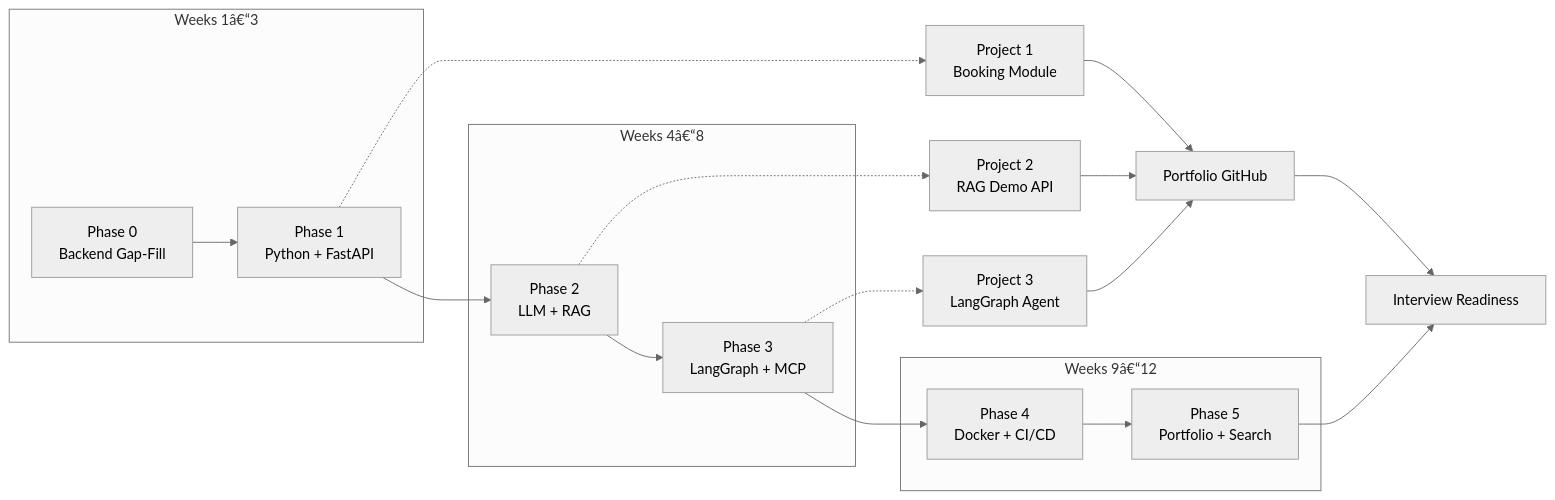
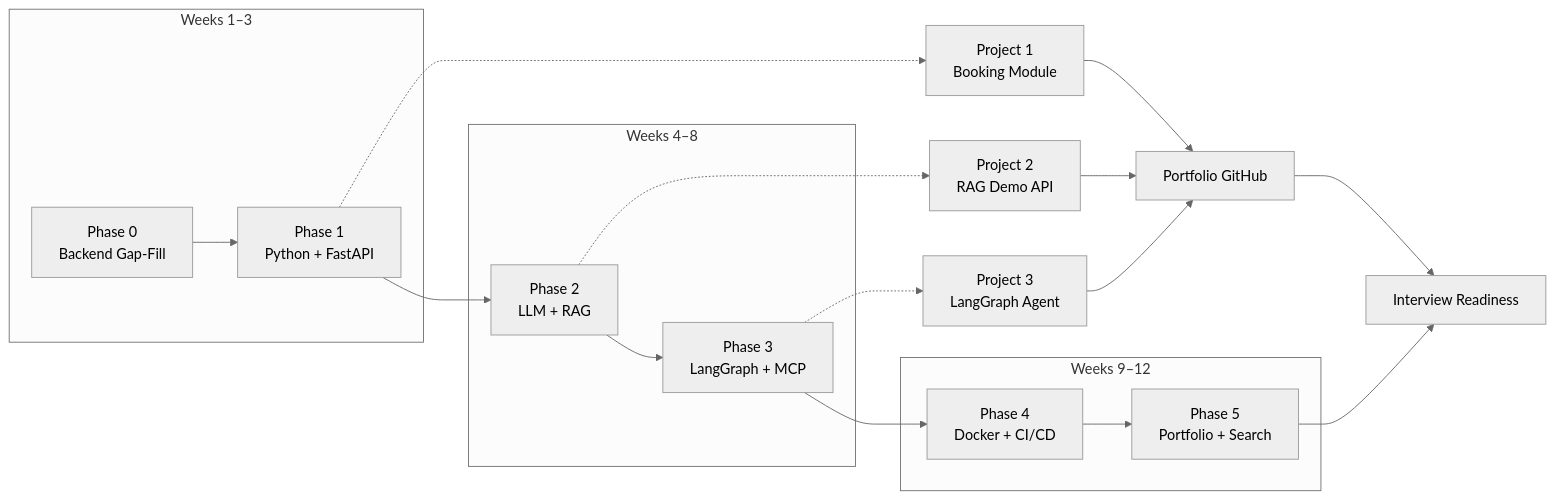
One commit to Raushan666java/ai-engineering-journey changed the fourth of 4 diagrams in docs/courses/ai-agent-engineer/07-day-by-day-plan.md. Above: the diagram before and after it, drawn with Mermaid (neutral theme). The commit also changed other lines of this file and 965 other files, not shown here.

````diff
--- a/docs/courses/ai-agent-engineer/07-day-by-day-plan.md
+++ b/docs/courses/ai-agent-engineer/07-day-by-day-plan.md
@@ -709,32 +709,32 @@
 ```mermaid
 flowchart LR
-    subgraph Foundation["Weeks 1â€“3"]
+    subgraph Foundation["Weeks 1–3"]
         P0["Phase 0<br/>Backend Gap-Fill"]
         P1["Phase 1<br/>Python + FastAPI"]
     end
 
-    subgraph CoreAI["Weeks 4â€“8"]
+    subgraph CoreAI["Weeks 4–8"]
         P2["Phase 2<br/>LLM + RAG"]
         P3["Phase 3<br/>LangGraph + MCP"]
     end
 
-    subgraph Production["Weeks 9â€“12"]
+    subgraph Production["Weeks 9–12"]
         P4["Phase 4<br/>Docker + CI/CD"]
         P5["Phase 5<br/>Portfolio + Search"]
     end
 
     P0 --> P1
     P1 --> P2
     P2 --> P3
     P3 --> P4
     P4 --> P5
 
     P1 -.-> PROJ1["Project 1<br/>Booking Module"]
     P2 -.-> PROJ2["Project 2<br/>RAG Demo API"]
     P3 -.-> PROJ3["Project 3<br/>LangGraph Agent"]
     PROJ1 --> PORTFOLIO["Portfolio GitHub"]
     PROJ2 --> PORTFOLIO
     PROJ3 --> PORTFOLIO
     PORTFOLIO --> INTERVIEW["Interview Readiness"]
     P5 --> INTERVIEW
 ```
````
